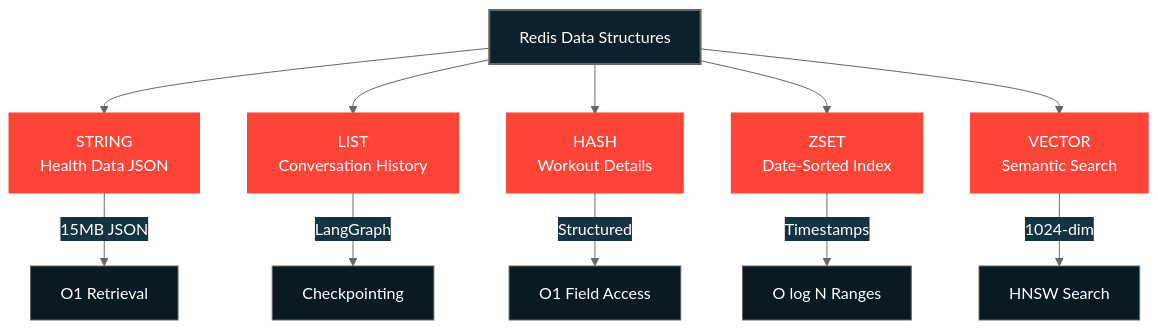
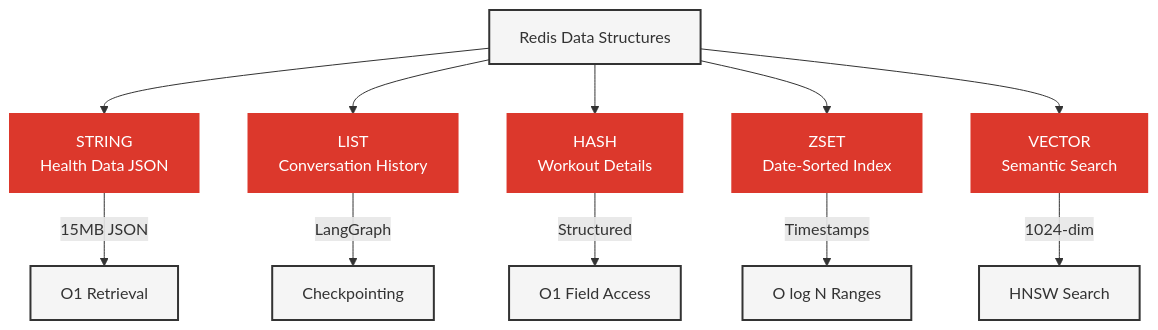
One commit to AllieRays/redis-wellness changed the second of 4 diagrams in docs/11_REDIS_PATTERNS.md. Above: the diagram before and after it, drawn with Mermaid. The commit also changed other lines of this file and 1 other file, not shown here.

Commit message:
Updates to mermaid.

````diff
--- a/docs/11_REDIS_PATTERNS.md
+++ b/docs/11_REDIS_PATTERNS.md
@@ -75,27 +77,26 @@
 ```mermaid
-%%{init: {'theme':'base', 'themeVariables': { 'primaryColor':'#0d212c', 'primaryTextColor':'#fff', 'primaryBorderColor':'#ff4438', 'lineColor':'#666', 'secondaryColor':'#163341', 'tertiaryColor':'#091a23'}}}%%
 graph TD
     A[Redis Data Structures] --> B[STRING<br/>Health Data JSON]
     A --> C[LIST<br/>Conversation History]
     A --> D[HASH<br/>Workout Details]
     A --> E[ZSET<br/>Date-Sorted Index]
     A --> F[VECTOR<br/>Semantic Search]
 
     B -->|15MB JSON| B1[O1 Retrieval]
     C -->|LangGraph| C1[Checkpointing]
     D -->|Structured| D1[O1 Field Access]
     E -->|Timestamps| E1[O log N Ranges]
     F -->|1024-dim| F1[HNSW Search]
 
-    style A fill:#0d212c,stroke:#666,color:#fff,stroke-width:2px
-    style B fill:#ff4438,stroke:#ff4438,color:#fff,stroke-width:3px
-    style C fill:#ff4438,stroke:#ff4438,color:#fff,stroke-width:3px
-    style D fill:#ff4438,stroke:#ff4438,color:#fff,stroke-width:3px
-    style E fill:#ff4438,stroke:#ff4438,color:#fff,stroke-width:3px
-    style F fill:#ff4438,stroke:#ff4438,color:#fff,stroke-width:3px
-    style B1 fill:#091a23,stroke:#666,color:#fff
-    style C1 fill:#091a23,stroke:#666,color:#fff
-    style D1 fill:#091a23,stroke:#666,color:#fff
-    style E1 fill:#091a23,stroke:#666,color:#fff
-    style F1 fill:#091a23,stroke:#666,color:#fff
+    style A fill:#f5f5f5,stroke:#333,stroke-width:2px
+    style B fill:#DC382C,stroke:#DC382C,stroke-width:2px,color:#fff
+    style C fill:#DC382C,stroke:#DC382C,stroke-width:2px,color:#fff
+    style D fill:#DC382C,stroke:#DC382C,stroke-width:2px,color:#fff
+    style E fill:#DC382C,stroke:#DC382C,stroke-width:2px,color:#fff
+    style F fill:#DC382C,stroke:#DC382C,stroke-width:2px,color:#fff
+    style B1 fill:#f5f5f5,stroke:#333,stroke-width:2px
+    style C1 fill:#f5f5f5,stroke:#333,stroke-width:2px
+    style D1 fill:#f5f5f5,stroke:#333,stroke-width:2px
+    style E1 fill:#f5f5f5,stroke:#333,stroke-width:2px
+    style F1 fill:#f5f5f5,stroke:#333,stroke-width:2px
 ```
````
